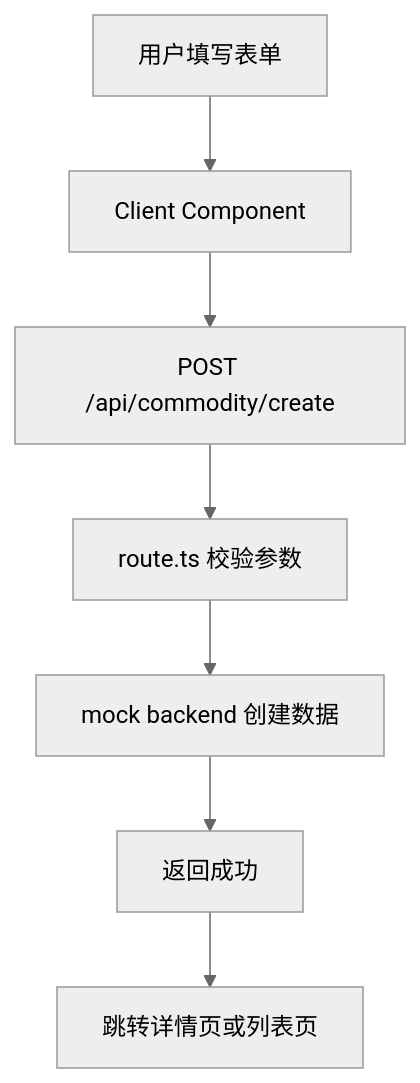
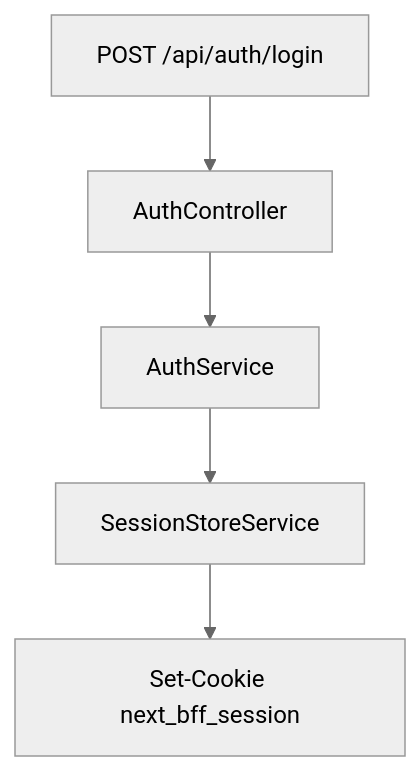
One commit to dadanliu/simulation-system changed the fourth of 4 diagrams in SIMULATED_HOBBER_BOP_MVP.md. Above: the diagram before and after it, drawn with Mermaid (neutral theme). The commit also changed other lines of this file and 42 other files, not shown here.

````diff
--- a/SIMULATED_HOBBER_BOP_MVP.md
+++ b/SIMULATED_HOBBER_BOP_MVP.md
@@ -239,9 +250,7 @@
 ```mermaid
 flowchart TD
-    A[用户填写表单] --> B[Client Component]
-    B --> C[POST /api/commodity/create]
-    C --> D[route.ts 校验参数]
-    D --> E[mock backend 创建数据]
-    E --> F[返回成功]
-    F --> G[跳转详情页或列表页]
+    A[POST /api/auth/login] --> B[AuthController]
+    B --> C[AuthService]
+    C --> D[SessionStoreService]
+    D --> E[Set-Cookie next_bff_session]
 ```
````
